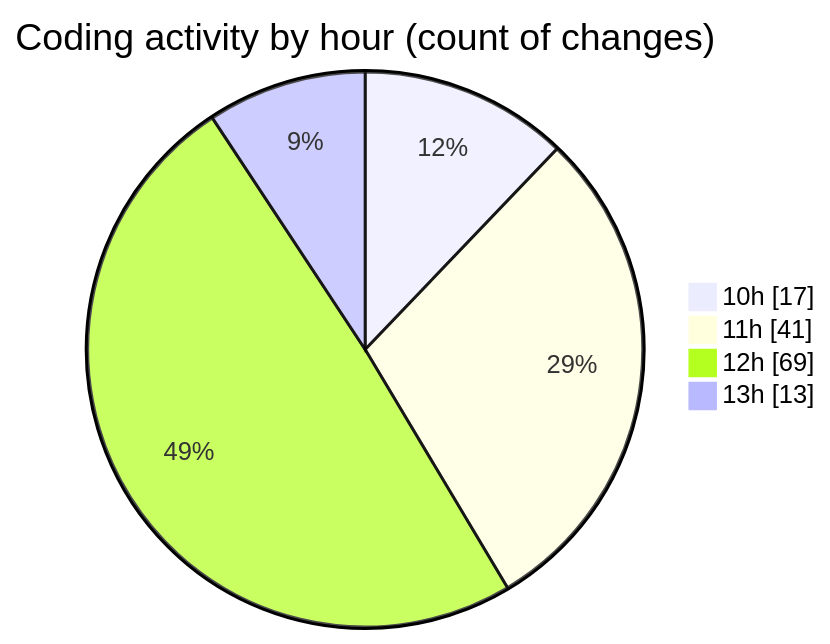
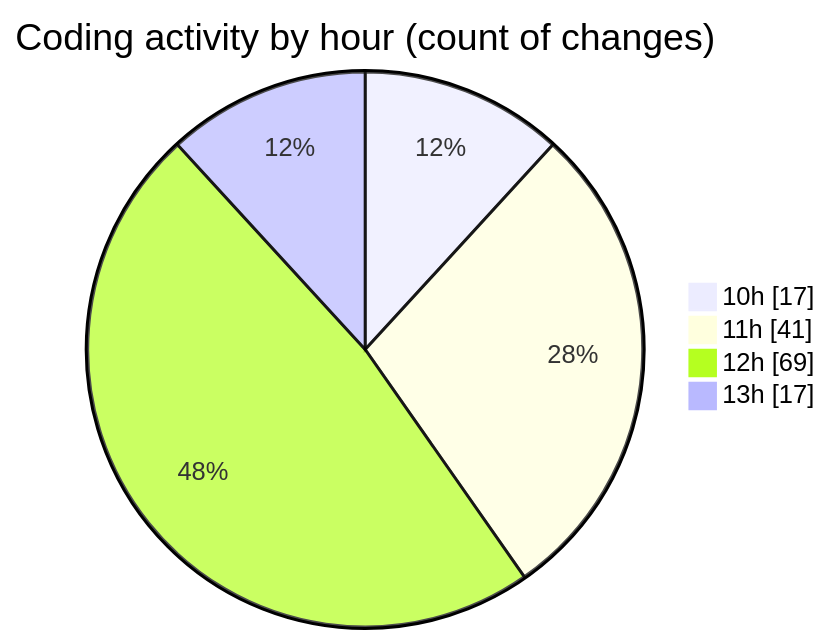
Before and after one commit to momahboobian/code-tracking: the second of 2 diagrams in 2025-10-06/cda/README.md, drawn with Mermaid. The commit also changed other lines of this file and 1 other file, not shown here.

````diff
--- a/2025-10-06/cda/README.md
+++ b/2025-10-06/cda/README.md
@@ -33,8 +33,8 @@
 ```mermaid
 pie showData
 title Coding activity by hour (count of changes)
 "10h" : 17
 "11h" : 41
 "12h" : 69
-"13h" : 13
+"13h" : 17
 ```
````
